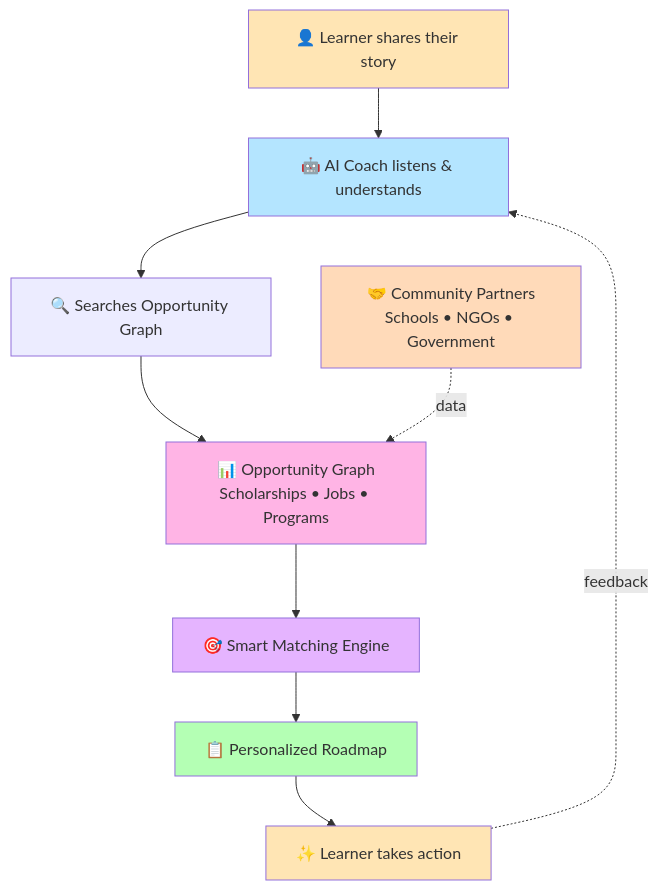
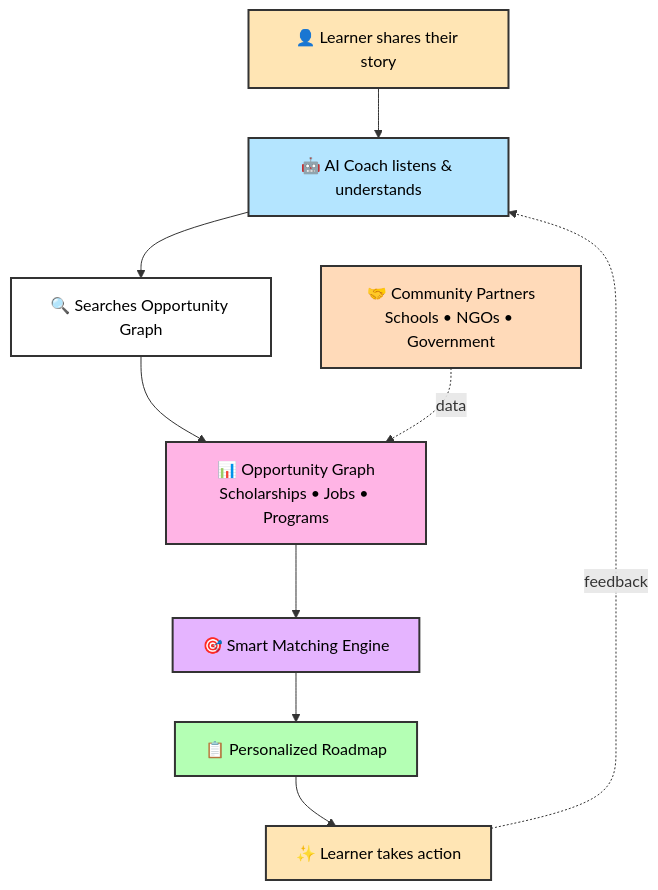
One commit to hugorteixeira/portoedu_back changed the diagram in README.md. Above: the diagram before and after it, drawn with Mermaid.

````diff
--- a/README.md
+++ b/README.md
@@ -95,19 +95,20 @@
 ```mermaid
 graph TB
     A[👤 Learner shares their story] --> B[🤖 AI Coach listens & understands]
     B --> C[🔍 Searches Opportunity Graph]
     C --> D[📊 Opportunity Graph<br/>Scholarships • Jobs • Programs]
     D --> E[🎯 Smart Matching Engine]
     E --> F[📋 Personalized Roadmap]
     F --> G[✨ Learner takes action]
     G -.feedback.-> B
     H[🤝 Community Partners<br/>Schools • NGOs • Government] -.data.-> D
 
-    style A fill:#FFE5B4
-    style B fill:#B4E5FF
-    style D fill:#FFB4E5
-    style E fill:#E5B4FF
-    style F fill:#B4FFB4
-    style G fill:#FFE5B4
-    style H fill:#FFDAB9
+    style A fill:#FFE5B4,stroke:#333,stroke-width:2px,color:#000
+    style B fill:#B4E5FF,stroke:#333,stroke-width:2px,color:#000
+    style C fill:#fff,stroke:#333,stroke-width:2px,color:#000
+    style D fill:#FFB4E5,stroke:#333,stroke-width:2px,color:#000
+    style E fill:#E5B4FF,stroke:#333,stroke-width:2px,color:#000
+    style F fill:#B4FFB4,stroke:#333,stroke-width:2px,color:#000
+    style G fill:#FFE5B4,stroke:#333,stroke-width:2px,color:#000
+    style H fill:#FFDAB9,stroke:#333,stroke-width:2px,color:#000
 ```
````
